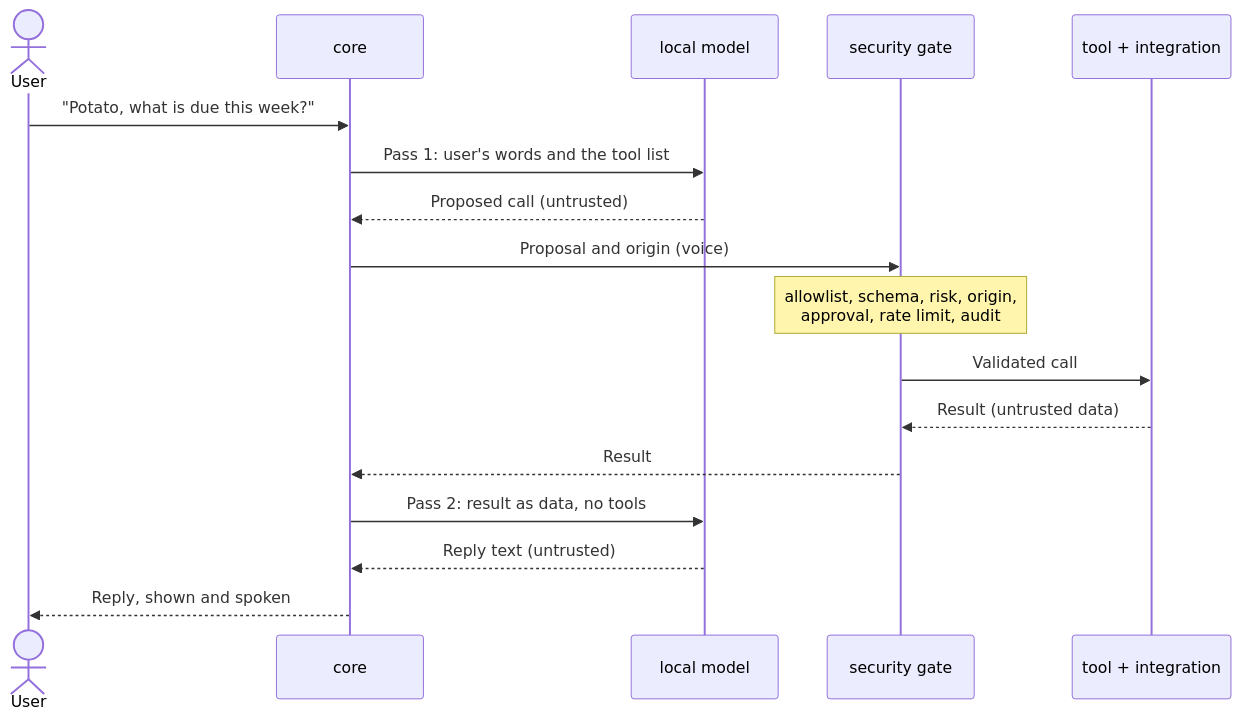
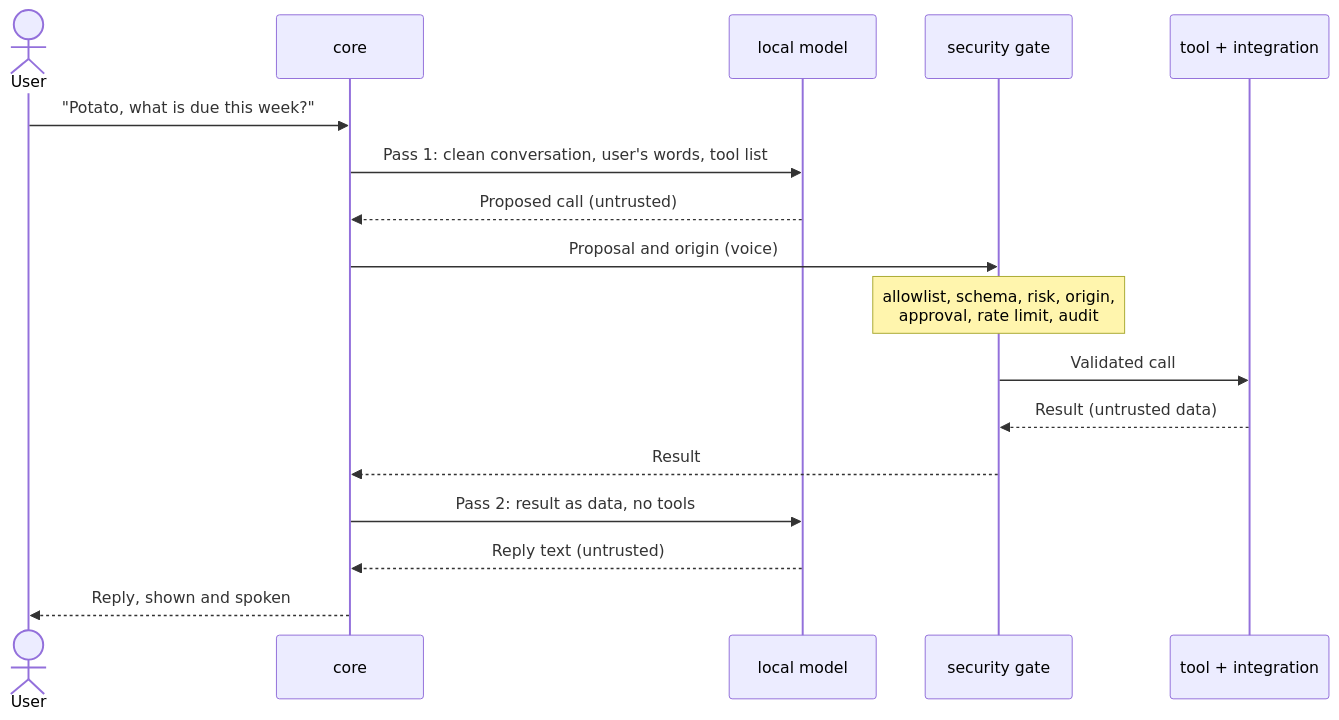
One commit to mehmetalitarin/project-potato changed the second of 2 diagrams in docs/architecture.md. Above: the diagram before and after it, drawn with Mermaid. The commit also changed other lines of this file and 6 other files, not shown here.

````diff
--- a/docs/architecture.md
+++ b/docs/architecture.md
@@ -44,19 +44,19 @@
 ```mermaid
 sequenceDiagram
     actor User
     participant Core as core
     participant Model as local model
     participant Gate as security gate
     participant Tool as tool + integration
     User->>Core: "Potato, what is due this week?"
-    Core->>Model: Pass 1: user's words and the tool list
+    Core->>Model: Pass 1: clean conversation, user's words, tool list
     Model-->>Core: Proposed call (untrusted)
     Core->>Gate: Proposal and origin (voice)
     Note over Gate: allowlist, schema, risk, origin,<br/>approval, rate limit, audit
     Gate->>Tool: Validated call
     Tool-->>Gate: Result (untrusted data)
     Gate-->>Core: Result
     Core->>Model: Pass 2: result as data, no tools
     Model-->>Core: Reply text (untrusted)
     Core-->>User: Reply, shown and spoken
 ```
````
